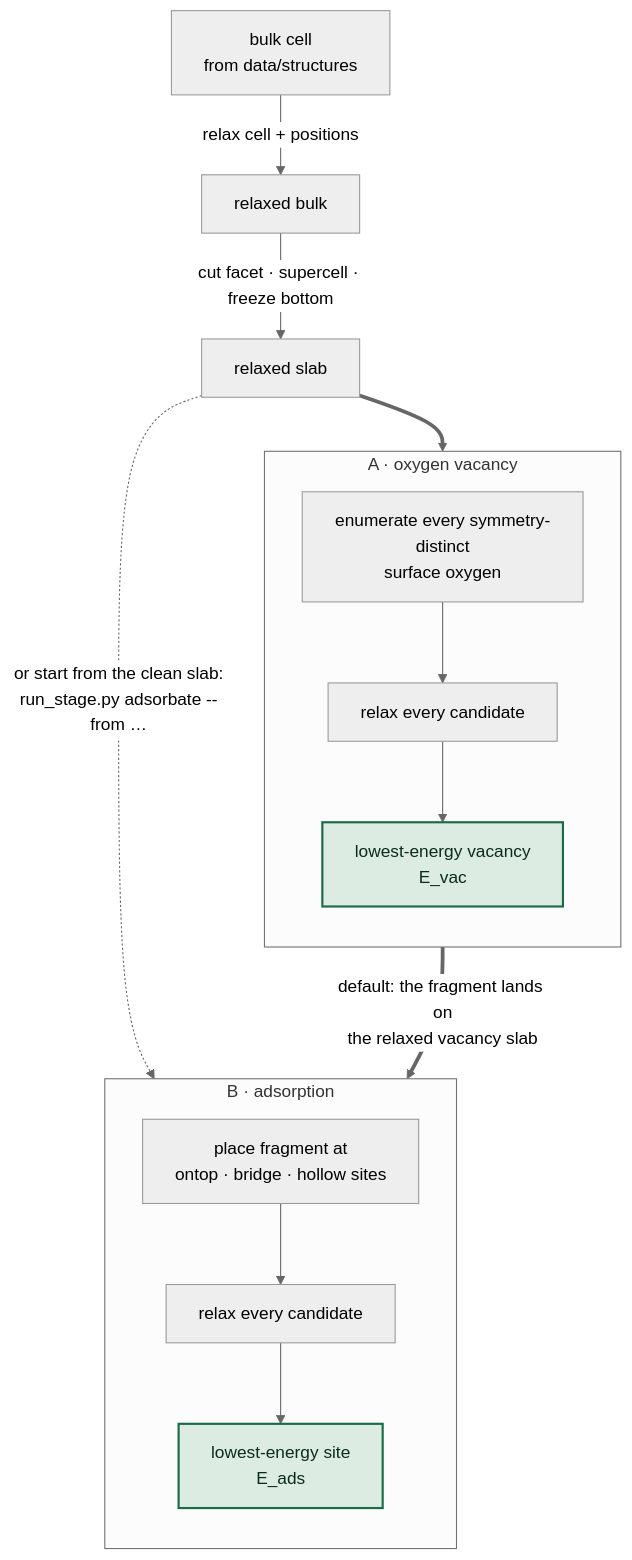
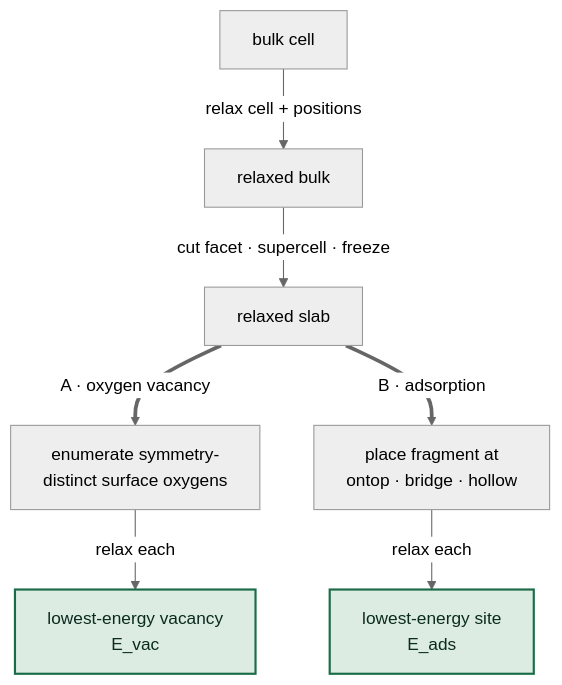
The diagram in README.md (dehydrogenated/oxideflow), drawn with Mermaid (neutral theme) before and after one commit. The commit also changed other lines of this file, not shown here.

Commit message:
more mermaid

````diff
--- a/README.md
+++ b/README.md
@@ -17,24 +17,14 @@
 ```mermaid
 graph TD
-    A["bulk cell<br/>from data/structures"] -->|"relax cell + positions"| B["relaxed bulk"]
-    B -->|"cut facet · supercell · freeze bottom"| C["relaxed slab"]
+    A["bulk cell"] -->|"relax cell + positions"| B["relaxed bulk"]
+    B -->|"cut facet · supercell · freeze"| C["relaxed slab"]
 
-    subgraph SA ["A · oxygen vacancy"]
-        direction TB
-        D["enumerate every symmetry-distinct<br/>surface oxygen"] --> E["relax every candidate"]
-        E --> F["lowest-energy vacancy<br/>E_vac"]
-    end
+    C ==>|"A · oxygen vacancy"| D["enumerate symmetry-<br/>distinct surface oxygens"]
+    D -->|"relax each"| E["lowest-energy vacancy<br/>E_vac"]
 
-    subgraph SB ["B · adsorption"]
-        direction TB
-        G["place fragment at<br/>ontop · bridge · hollow sites"] --> H["relax every candidate"]
-        H --> I["lowest-energy site<br/>E_ads"]
-    end
-
-    C ==> D
-    C -.->|"or start from the clean slab:<br/>run_stage.py adsorbate --from …"| G
-    F ==>|"default: the fragment lands on<br/>the relaxed vacancy slab"| G
+    C ==>|"B · adsorption"| F["place fragment at<br/>ontop · bridge · hollow"]
+    F -->|"relax each"| G["lowest-energy site<br/>E_ads"]
 
     classDef result fill:#dcece2,stroke:#1a6b47,stroke-width:2px,color:#0b2b1d
-    class F,I result
+    class E,G result
 ```
````
